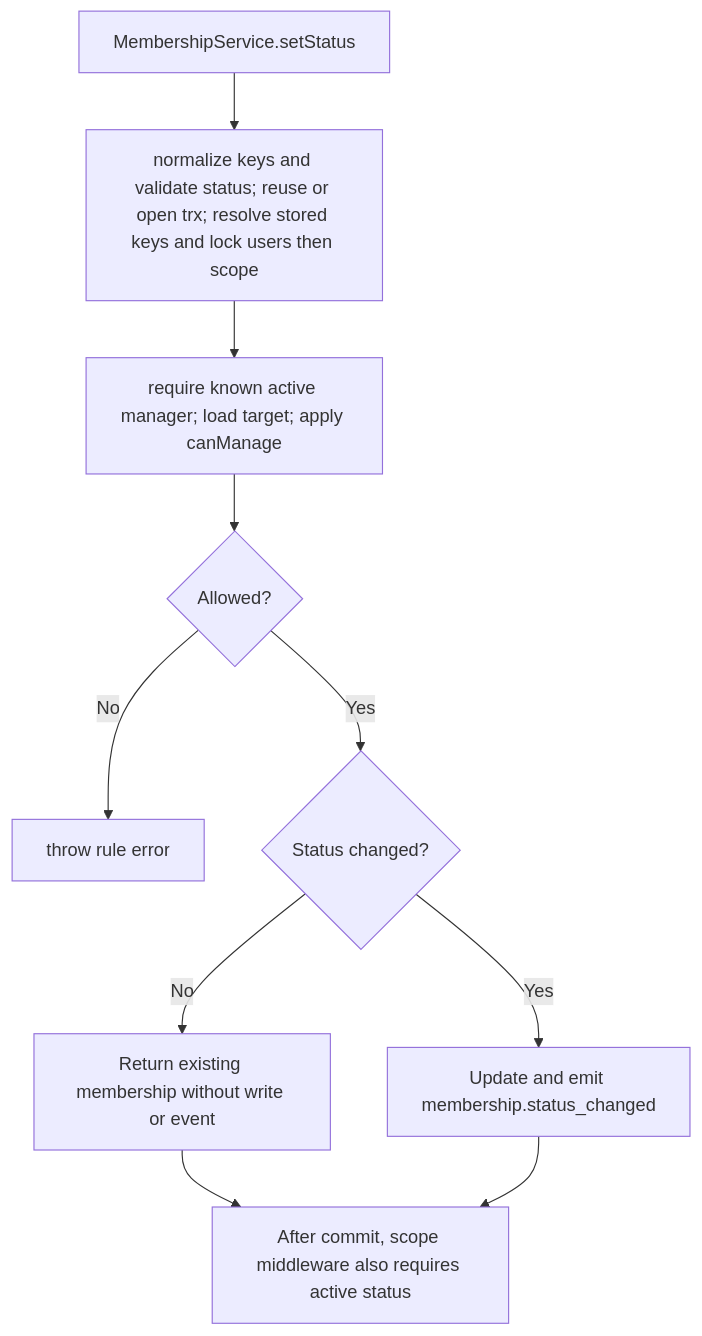
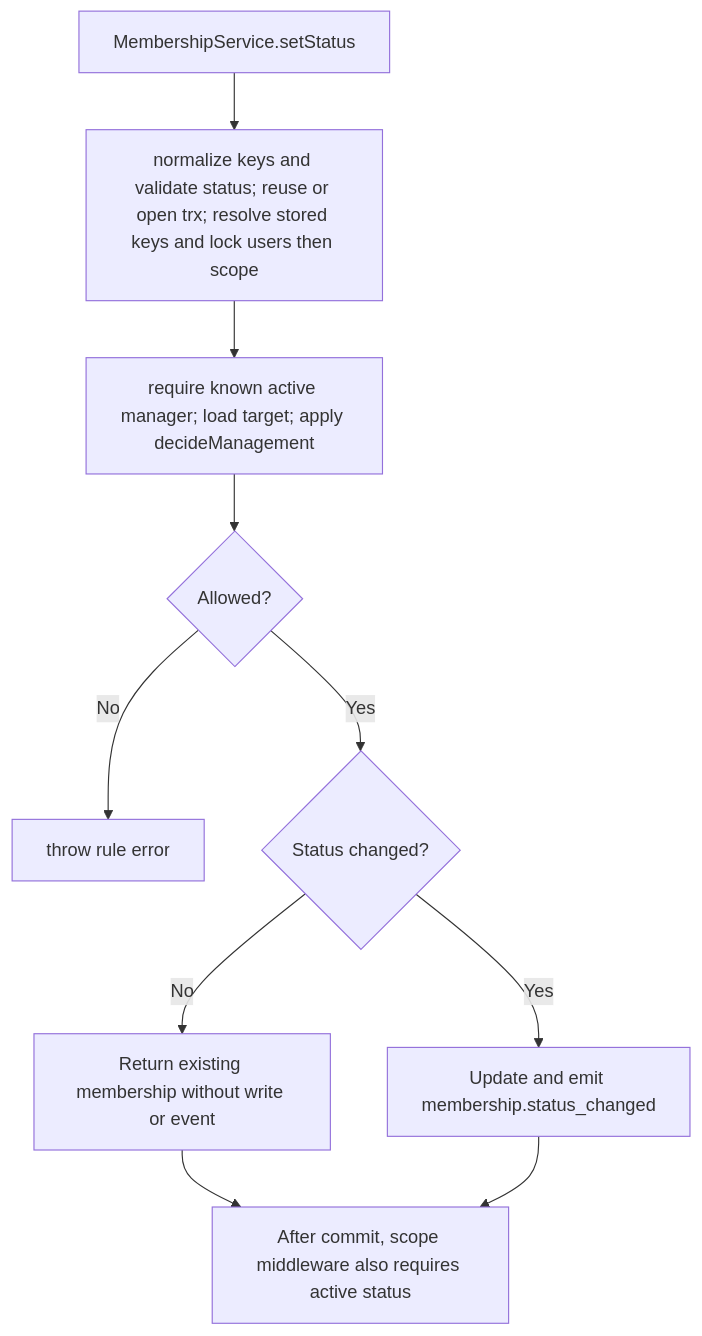
Before and after one commit to Kevinjohn/oss-adonisjs-access-control: the second of 2 diagrams in user-stories/US-ACCESS-05-change-member-status.md, drawn with Mermaid. The commit also changed 25 other files, not shown here.

````diff
--- a/user-stories/US-ACCESS-05-change-member-status.md
+++ b/user-stories/US-ACCESS-05-change-member-status.md
@@ -42,12 +42,12 @@
 ```mermaid
 flowchart TD
     A["MembershipService.setStatus"] --> B["normalize keys and validate status; reuse or open trx; resolve stored keys and lock users then scope"]
-    B --> C["require known active manager; load target; apply canManage"]
+    B --> C["require known active manager; load target; apply decideManagement"]
     C --> D{"Allowed?"}
     D -->|No| E["throw rule error"]
     D -->|Yes| F{"Status changed?"}
     F -->|No| H["Return existing membership without write or event"]
     F -->|Yes| I["Update and emit membership.status_changed"]
     H --> G["After commit, scope middleware also requires active status"]
     I --> G
 ```
````
